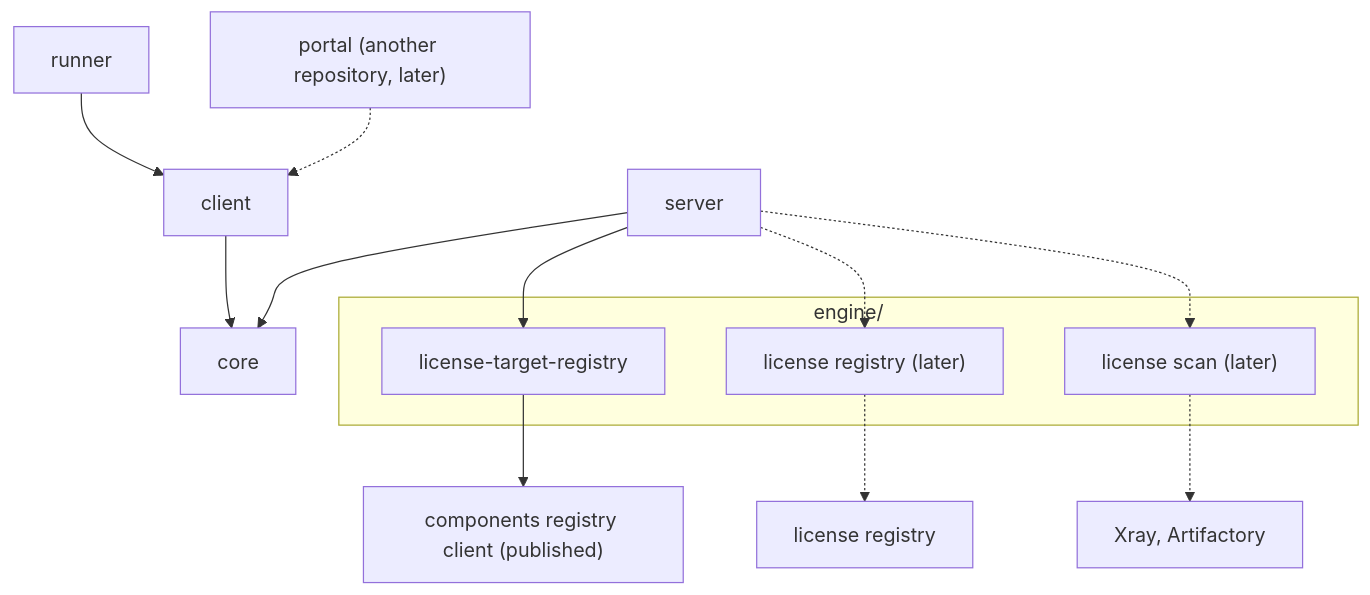
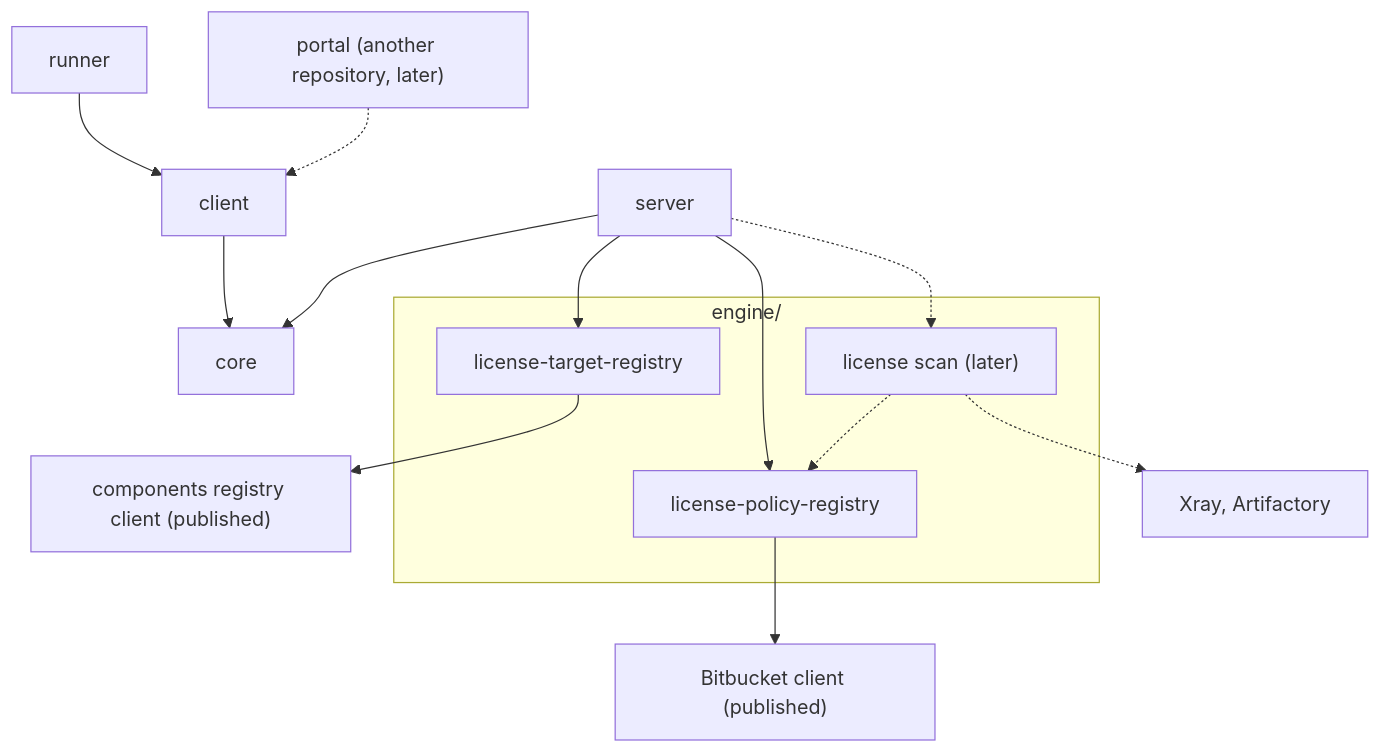
One commit to octopusden/octopus-license-service changed the diagram in docs/architecture.md. Above: the diagram before and after it, drawn with Mermaid. The commit also changed other lines of this file and 3 other files, not shown here.

Commit message:
Document the license policy module and finalize its change

````diff
--- a/docs/architecture.md
+++ b/docs/architecture.md
@@ -7,18 +7,19 @@
 ```mermaid
 flowchart TD
     runner --> client
     portal["portal (another repository, later)"] -.-> client
     client --> core
     server --> core
     server --> target
-    server -.-> rules
+    server --> policy
     server -.-> scan
     subgraph engine["engine/"]
         target["license-target-registry"]
-        rules["license registry (later)"]
+        policy["license-policy-registry"]
         scan["license scan (later)"]
     end
     target --> crs["components registry client (published)"]
-    rules -.-> lr["license registry"]
+    policy --> bitbucket["Bitbucket client (published)"]
+    scan -.-> policy
     scan -.-> xray["Xray, Artifactory"]
 ```
````
